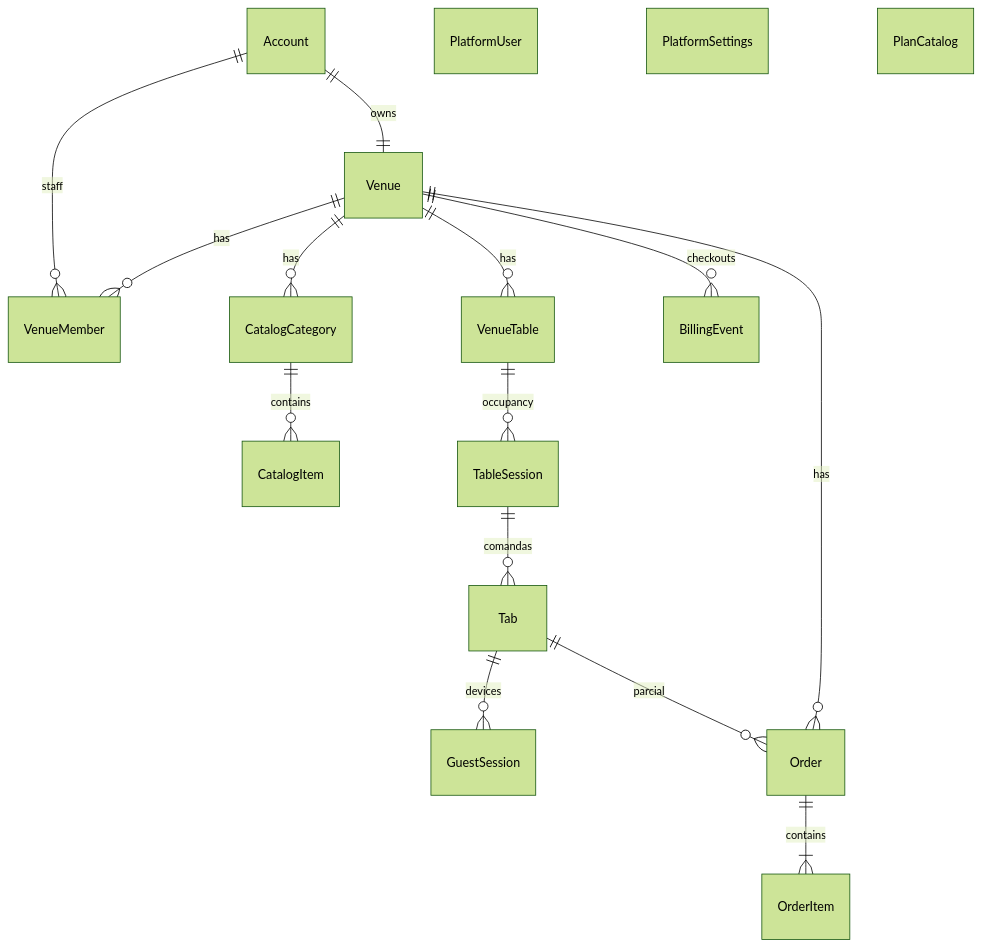
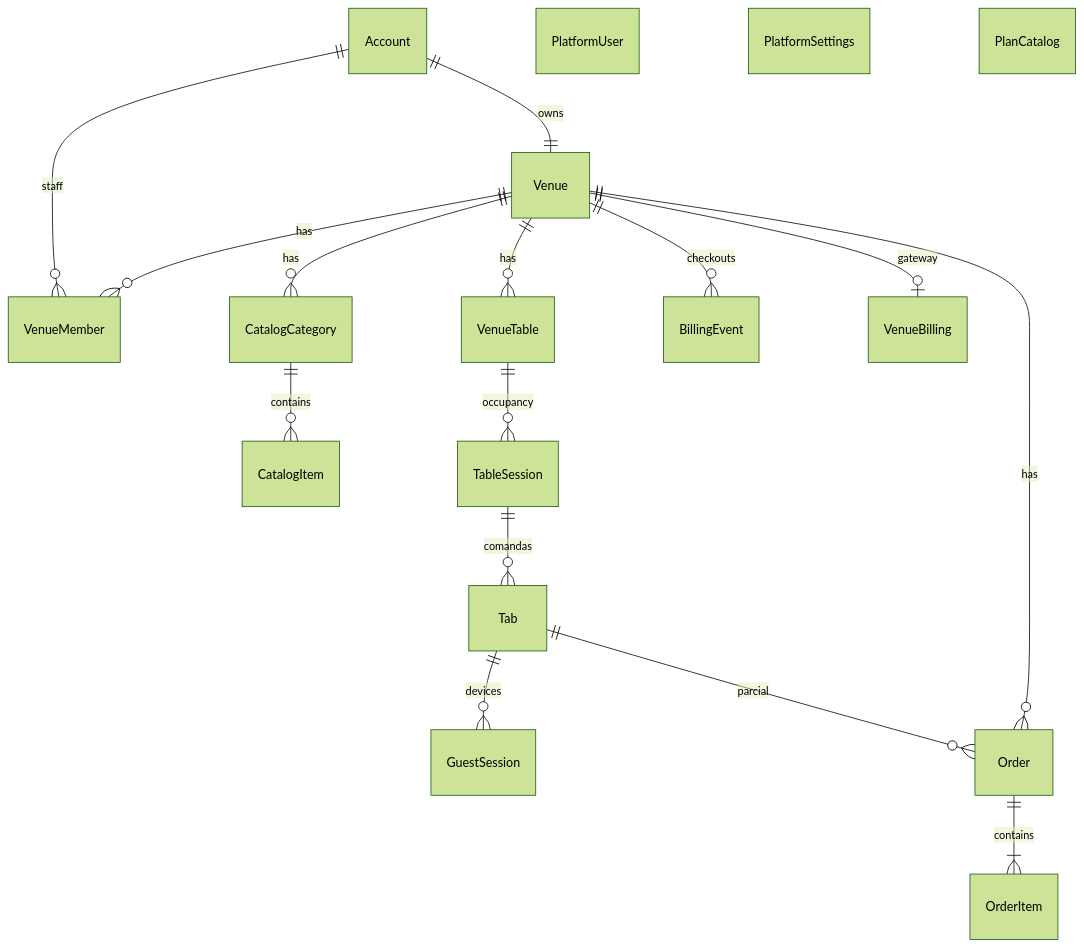
Before and after one commit to filiperamosds/eaimesa-frontend: the diagram in docs/data/schema.md, drawn with Mermaid (forest theme). The commit also changed other lines of this file and 21 other files, not shown here.

````diff
--- a/docs/data/schema.md
+++ b/docs/data/schema.md
@@ -181,19 +202,20 @@
 ```mermaid
 erDiagram
   Account ||--|| Venue : owns
   Account ||--o{ VenueMember : staff
   Venue ||--o{ VenueMember : has
   Venue ||--o{ CatalogCategory : has
   CatalogCategory ||--o{ CatalogItem : contains
   Venue ||--o{ VenueTable : has
   VenueTable ||--o{ TableSession : occupancy
   TableSession ||--o{ Tab : comandas
   Tab ||--o{ GuestSession : devices
   Tab ||--o{ Order : parcial
   Venue ||--o{ Order : has
   Venue ||--o{ BillingEvent : checkouts
+  Venue ||--o| VenueBilling : gateway
   Order ||--|{ OrderItem : contains
   PlatformUser
   PlatformSettings
   PlanCatalog
 ```
````
